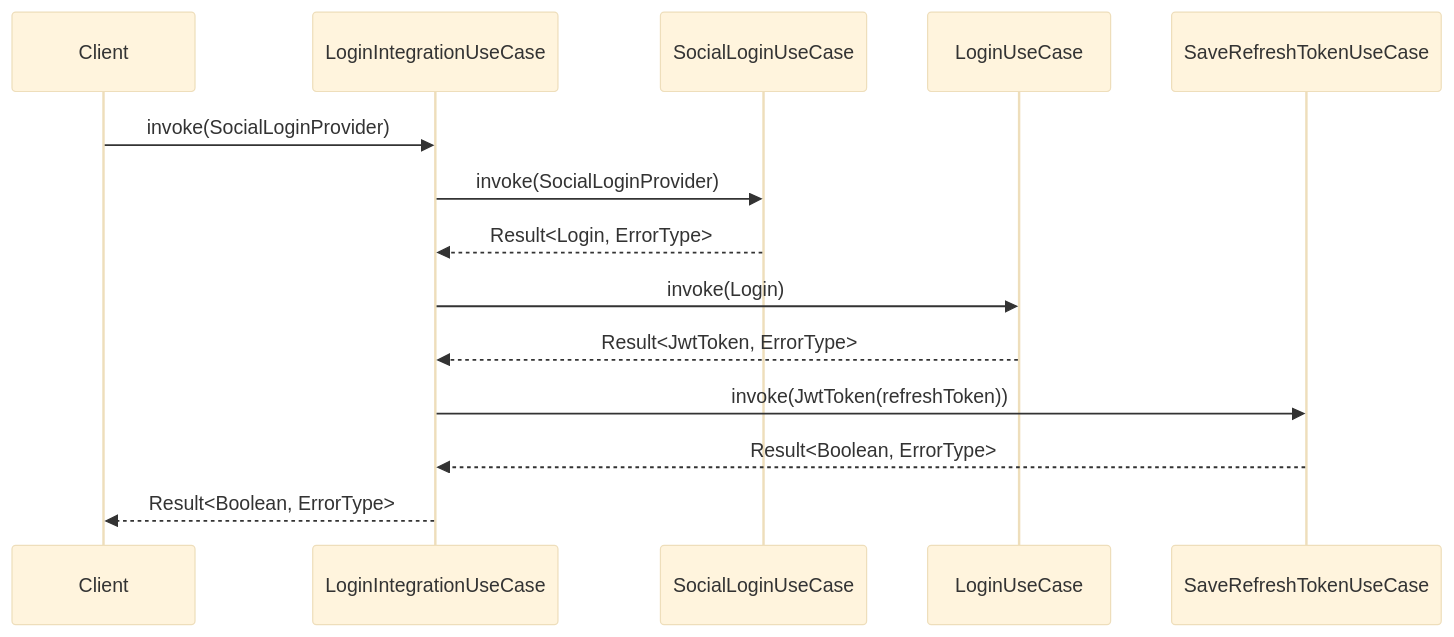
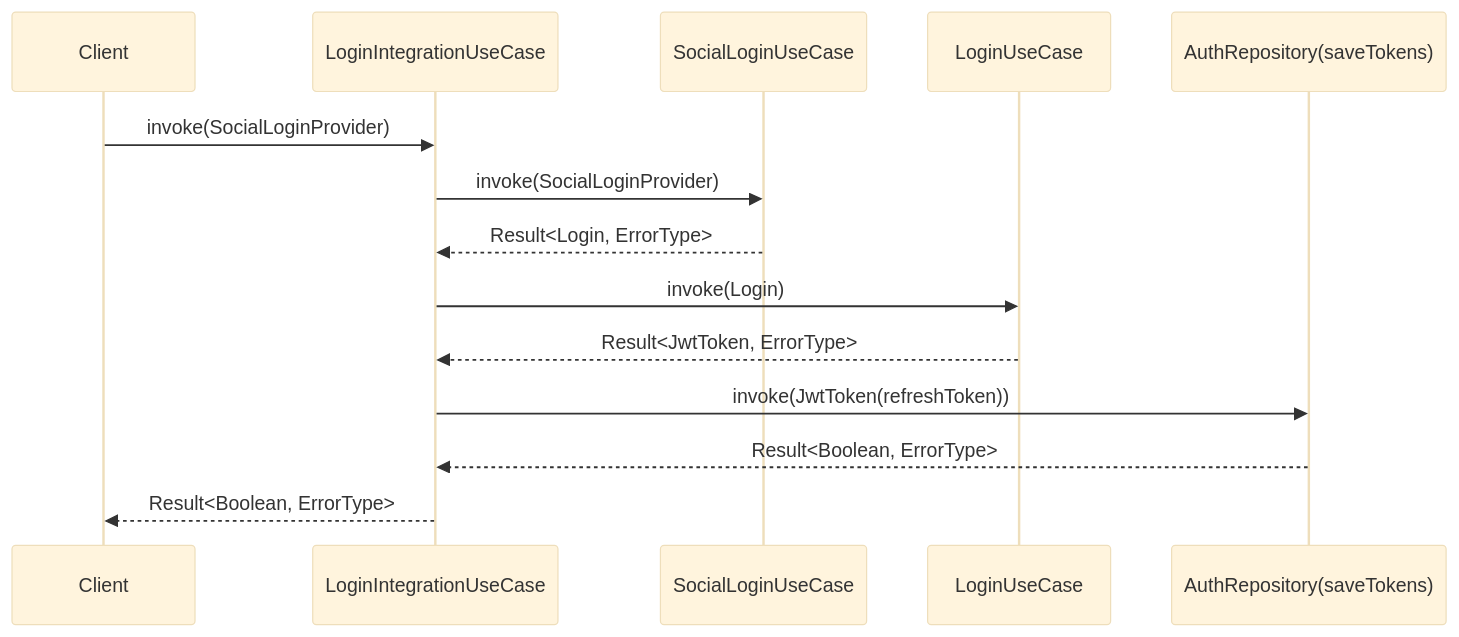
The diagram in domain/src/main/java/com/peekr/domain/login/README.md (Turnin-Dev/turnin-android), drawn with Mermaid (base theme) before and after one commit. The commit also changed 23 other files, not shown here.

````diff
--- a/domain/src/main/java/com/peekr/domain/login/README.md
+++ b/domain/src/main/java/com/peekr/domain/login/README.md
@@ -2,17 +2,17 @@
 ```mermaid
 sequenceDiagram
     participant CL as Client
     participant UseCase as LoginIntegrationUseCase
     participant Social as SocialLoginUseCase
     participant Login as LoginUseCase
-    participant Token as SaveRefreshTokenUseCase
+    participant Token as AuthRepository(saveTokens)
     CL ->> UseCase: invoke(SocialLoginProvider)
     UseCase ->> Social: invoke(SocialLoginProvider)
     Social -->> UseCase: Result<Login, ErrorType>
     UseCase ->> Login: invoke(Login)
     Login -->> UseCase: Result<JwtToken, ErrorType>
     UseCase ->> Token: invoke(JwtToken(refreshToken))
     Token -->> UseCase: Result<Boolean, ErrorType>
     UseCase -->> CL: Result<Boolean, ErrorType>
 
 ```
````
